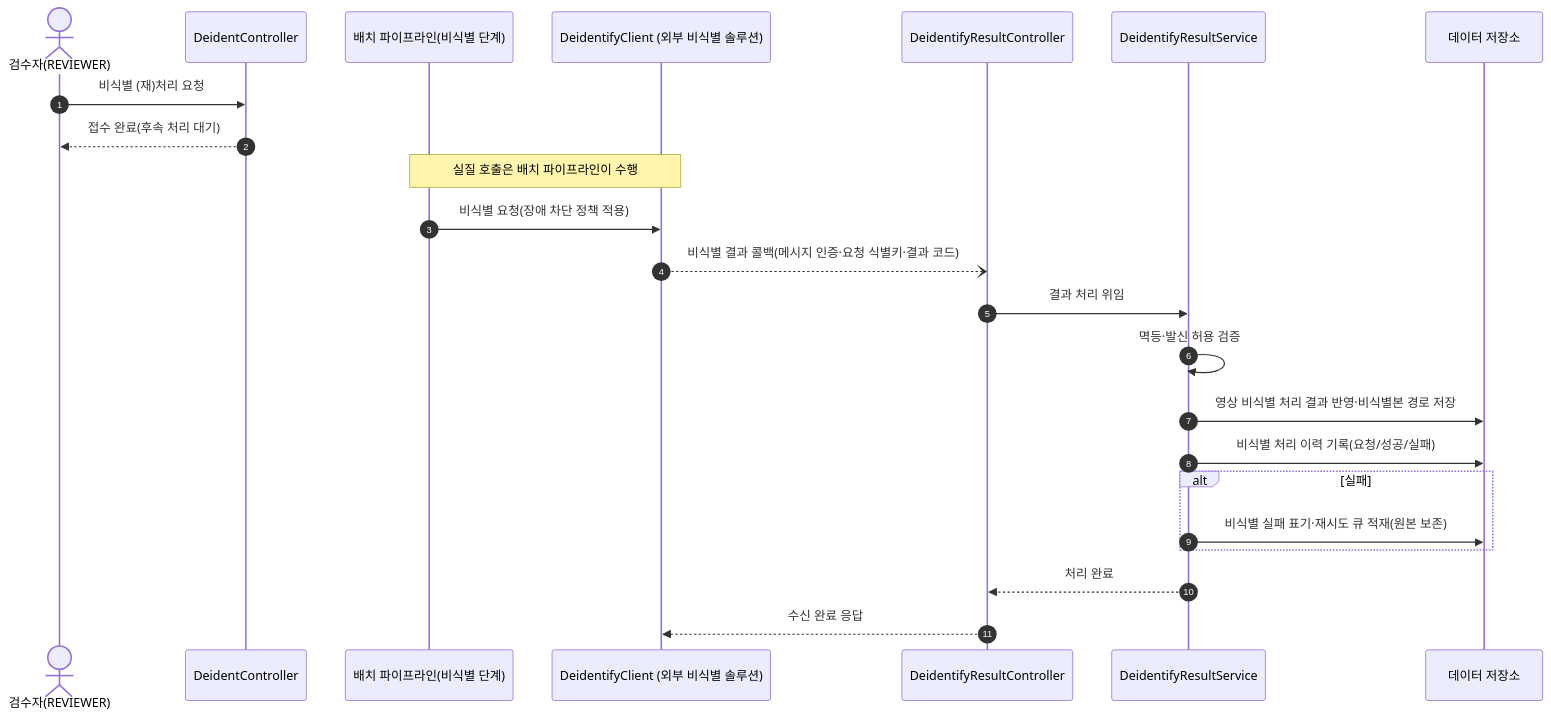
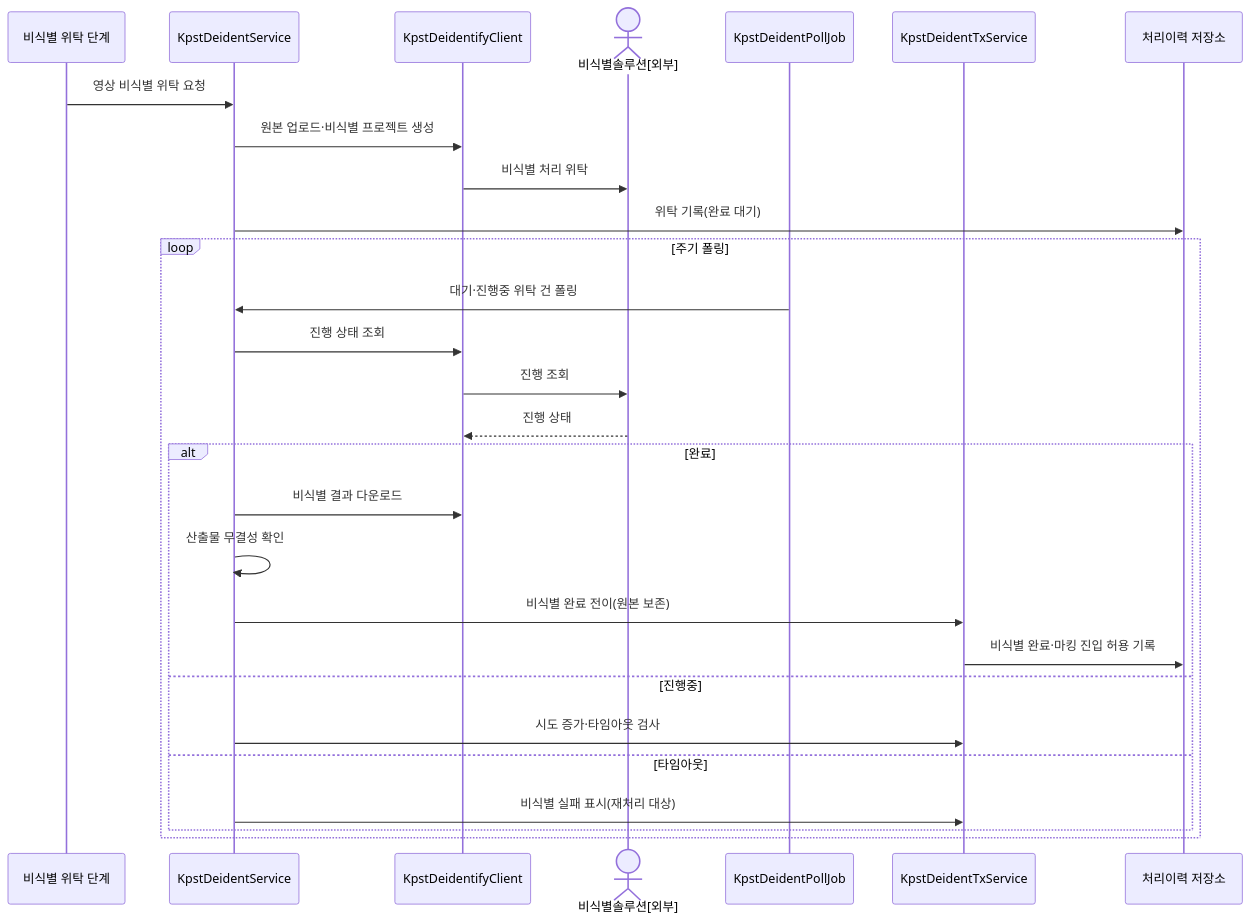
One commit to New-stella/klid-label changed diagram 11 of 36 in docs/design/D1-클래스설계서.md. Above: the diagram before and after it, drawn with Mermaid. The commit also changed other lines of this file and 7 other files, not shown here.

````diff
--- a/docs/design/D1-클래스설계서.md
+++ b/docs/design/D1-클래스설계서.md
@@ -658,25 +514,30 @@
 ```mermaid
 sequenceDiagram
-    autonumber
-    actor RV as 검수자(REVIEWER)
-    participant DC as DeidentController
-    participant BO as 배치 파이프라인(비식별 단계)
-    participant DE as DeidentifyClient (외부 비식별 솔루션)
-    participant DRC as DeidentifyResultController
-    participant DRS as DeidentifyResultService
-    participant DB as 데이터 저장소
-    RV->>DC: 비식별 (재)처리 요청
-    DC-->>RV: 접수 완료(후속 처리 대기)
-    Note over BO,DE: 실질 호출은 배치 파이프라인이 수행
-    BO->>DE: 비식별 요청(장애 차단 정책 적용)
-    DE--)DRC: 비식별 결과 콜백(메시지 인증·요청 식별키·결과 코드)
-    DRC->>DRS: 결과 처리 위임
-    DRS->>DRS: 멱등·발신 허용 검증
-    DRS->>DB: 영상 비식별 처리 결과 반영·비식별본 경로 저장
-    DRS->>DB: 비식별 처리 이력 기록(요청/성공/실패)
-    alt 실패
-        DRS->>DB: 비식별 실패 표기·재시도 큐 적재(원본 보존)
+    participant ST as 비식별 위탁 단계
+    participant S as KpstDeidentService
+    participant CL as KpstDeidentifyClient
+    actor DEID as 비식별솔루션[외부]
+    participant J as KpstDeidentPollJob
+    participant TX as KpstDeidentTxService
+    participant P as 처리이력 저장소
+    ST->>S: 영상 비식별 위탁 요청
+    S->>CL: 원본 업로드·비식별 프로젝트 생성
+    CL->>DEID: 비식별 처리 위탁
+    S->>P: 위탁 기록(완료 대기)
+    loop 주기 폴링
+        J->>S: 대기·진행중 위탁 건 폴링
+        S->>CL: 진행 상태 조회
+        CL->>DEID: 진행 조회
+        DEID-->>CL: 진행 상태
+        alt 완료
+            S->>CL: 비식별 결과 다운로드
+            S->>S: 산출물 무결성 확인
+            S->>TX: 비식별 완료 전이(원본 보존)
+            TX->>P: 비식별 완료·마킹 진입 허용 기록
+        else 진행중
+            S->>TX: 시도 증가·타임아웃 검사
+        else 타임아웃
+            S->>TX: 비식별 실패 표시(재처리 대상)
+        end
     end
-    DRS-->>DRC: 처리 완료
-    DRC-->>DE: 수신 완료 응답
 ```
````
